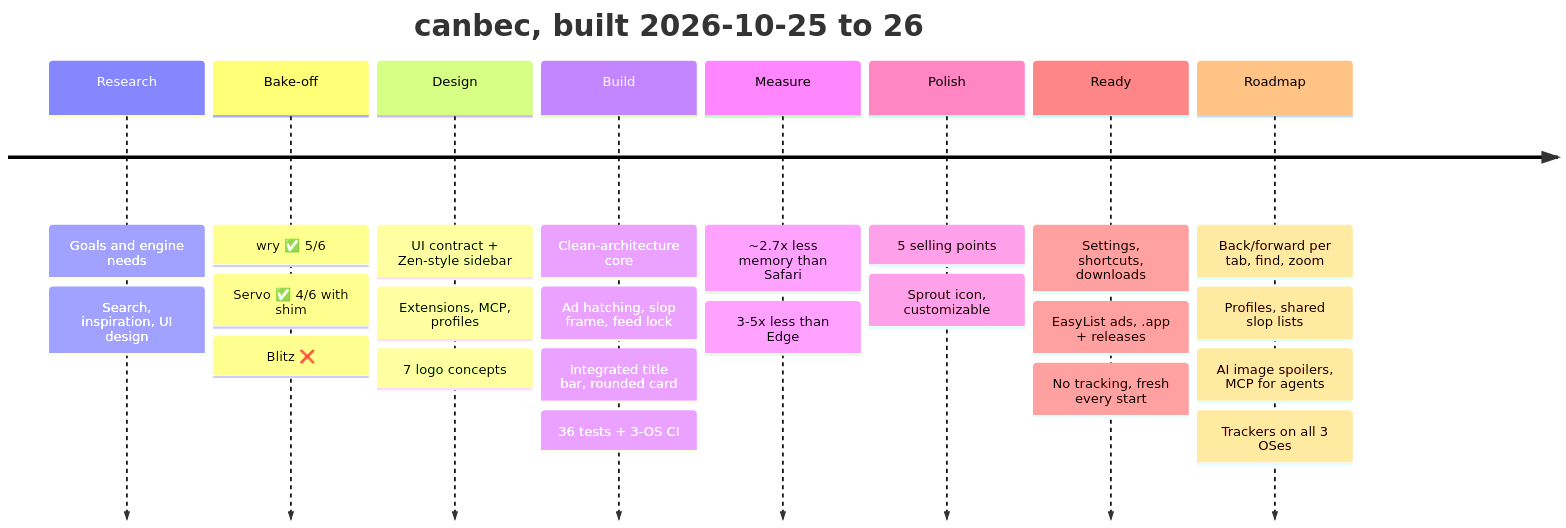
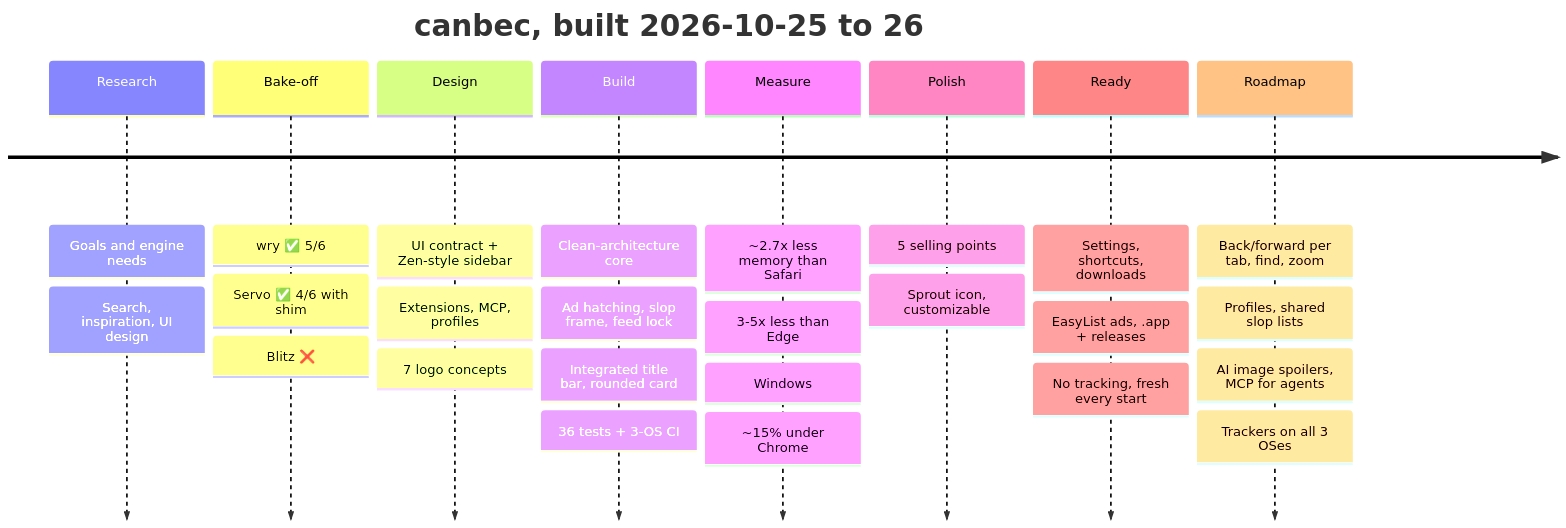
Before and after one commit to Cod3rs-org/canbec: the diagram in README.md, drawn with Mermaid. The commit also changed other lines of this file and 3 other files, not shown here.

First line of the commit message:
docs: Windows benchmarks vs Chrome and Edge — ~15% less memory than Chrome, ~4x less than Edge

````diff
--- a/README.md
+++ b/README.md
@@ -70,27 +71,28 @@
 ```mermaid
 timeline
     title canbec, built 2026-10-25 to 26
     Research : Goals and engine needs
              : Search, inspiration, UI design
     Bake-off : wry ✅ 5/6
              : Servo ✅ 4/6 with shim
              : Blitz ❌
     Design   : UI contract + Zen-style sidebar
              : Extensions, MCP, profiles
              : 7 logo concepts
     Build    : Clean-architecture core
              : Ad hatching, slop frame, feed lock
              : Integrated title bar, rounded card
              : 36 tests + 3-OS CI
     Measure  : ~2.7x less memory than Safari
              : 3-5x less than Edge
+             : Windows: ~15% under Chrome
     Polish   : 5 selling points
              : Sprout icon, customizable
     Ready    : Settings, shortcuts, downloads
              : EasyList ads, .app + releases
              : No tracking, fresh every start
     Roadmap  : Back/forward per tab, find, zoom
              : Profiles, shared slop lists
              : AI image spoilers, MCP for agents
              : Trackers on all 3 OSes
 ```
````
